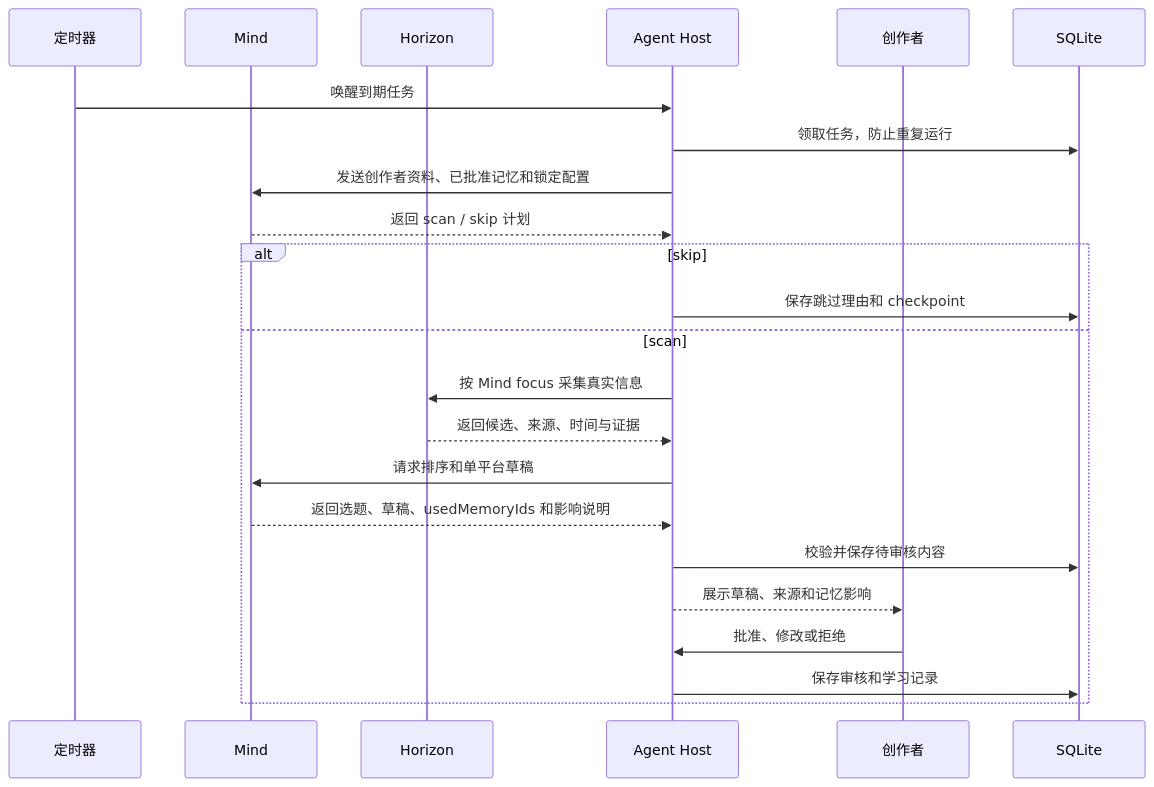
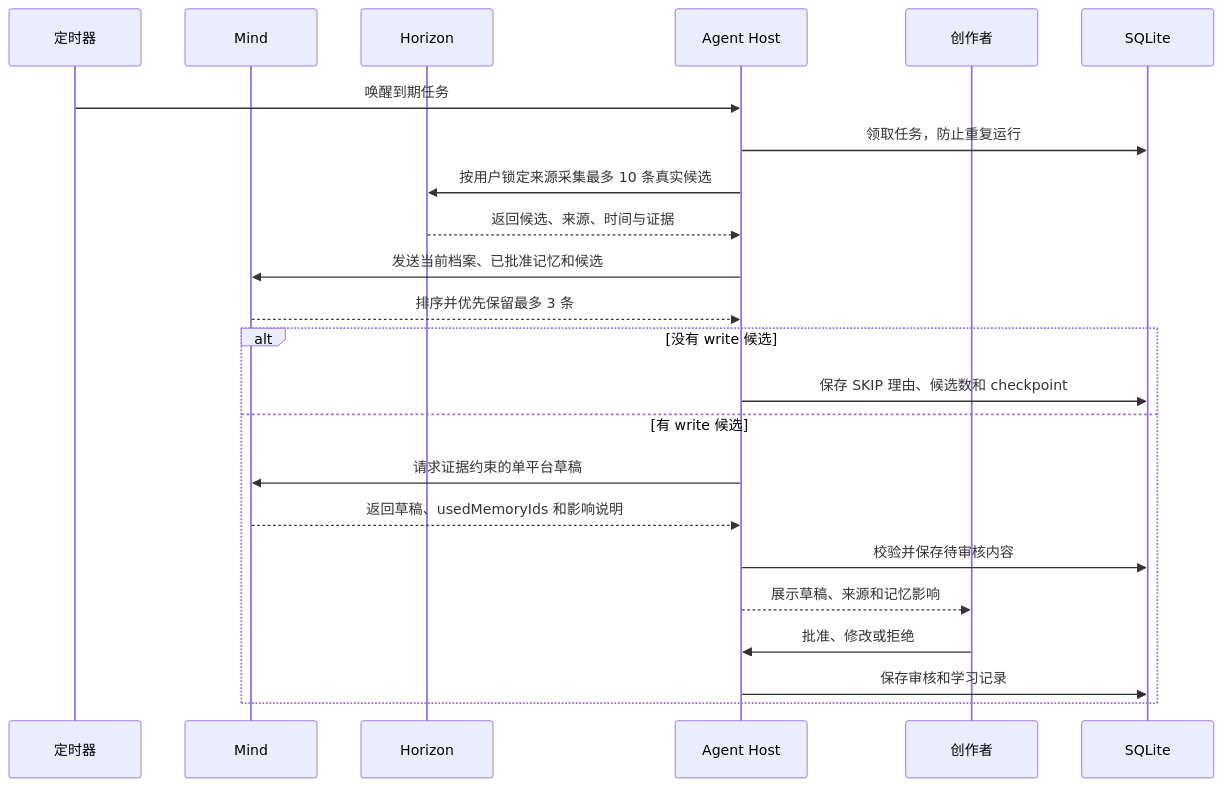
Before and after one commit to sanyulin/x-news-toolbox-agent: the diagram in README.md, drawn with Mermaid. The commit also changed other lines of this file and 12 other files, not shown here.

````diff
--- a/README.md
+++ b/README.md
@@ -11,26 +12,26 @@
 ```mermaid
 sequenceDiagram
     participant S as 定时器
     participant M as Mind
     participant H as Horizon
     participant A as Agent Host
     participant C as 创作者
     participant D as SQLite
 
     S->>A: 唤醒到期任务
     A->>D: 领取任务，防止重复运行
-    A->>M: 发送创作者资料、已批准记忆和锁定配置
-    M-->>A: 返回 scan / skip 计划
-    alt skip
-        A->>D: 保存跳过理由和 checkpoint
-    else scan
-        A->>H: 按 Mind focus 采集真实信息
-        H-->>A: 返回候选、来源、时间与证据
-        A->>M: 请求排序和单平台草稿
-        M-->>A: 返回选题、草稿、usedMemoryIds 和影响说明
+    A->>H: 按用户锁定来源采集最多 10 条真实候选
+    H-->>A: 返回候选、来源、时间与证据
+    A->>M: 发送当前档案、已批准记忆和候选
+    M-->>A: 排序并优先保留最多 3 条
+    alt 没有 write 候选
+        A->>D: 保存 SKIP 理由、候选数和 checkpoint
+    else 有 write 候选
+        A->>M: 请求证据约束的单平台草稿
+        M-->>A: 返回草稿、usedMemoryIds 和影响说明
         A->>D: 校验并保存待审核内容
         A-->>C: 展示草稿、来源和记忆影响
         C->>A: 批准、修改或拒绝
         A->>D: 保存审核和学习记录
     end
 ```
````
